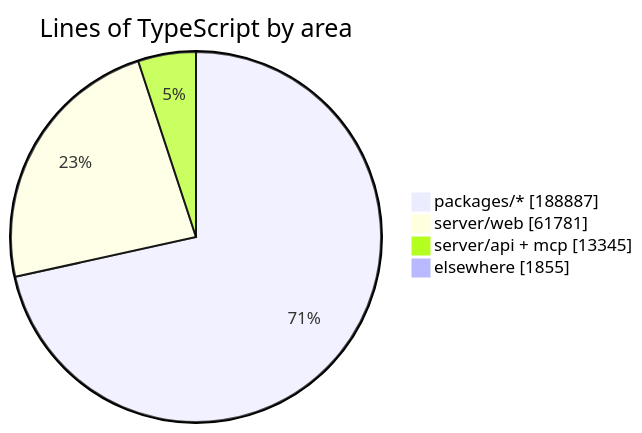
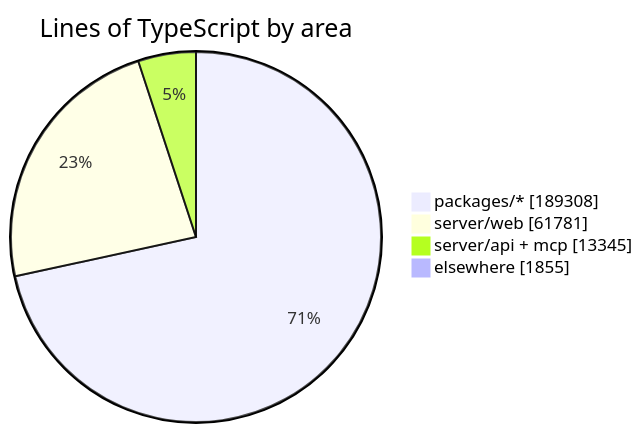
The diagram in README.md (crossworks-engineering/mantle), drawn with Mermaid before and after one commit. The commit also changed other lines of this file and 2 other files, not shown here.

````diff
--- a/README.md
+++ b/README.md
@@ -279,7 +279,7 @@
 ```mermaid
 pie showData title Lines of TypeScript by area
-    "packages/*" : 188887
+    "packages/*" : 189308
     "server/web" : 61781
     "server/api + mcp" : 13345
     "elsewhere" : 1855
 ```
````
